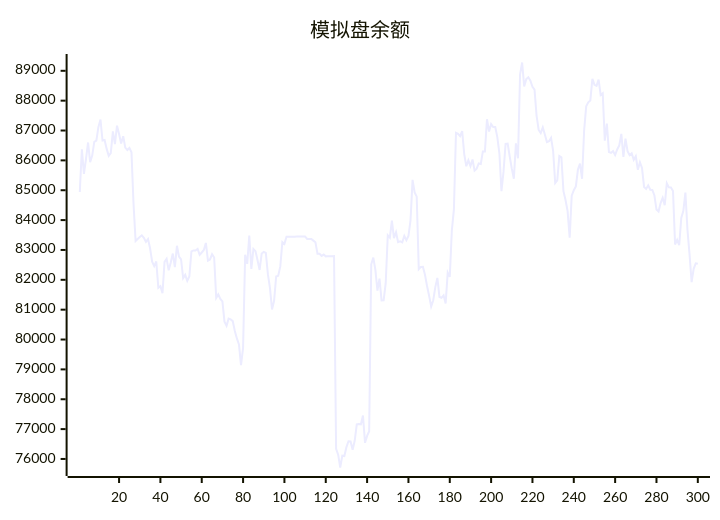
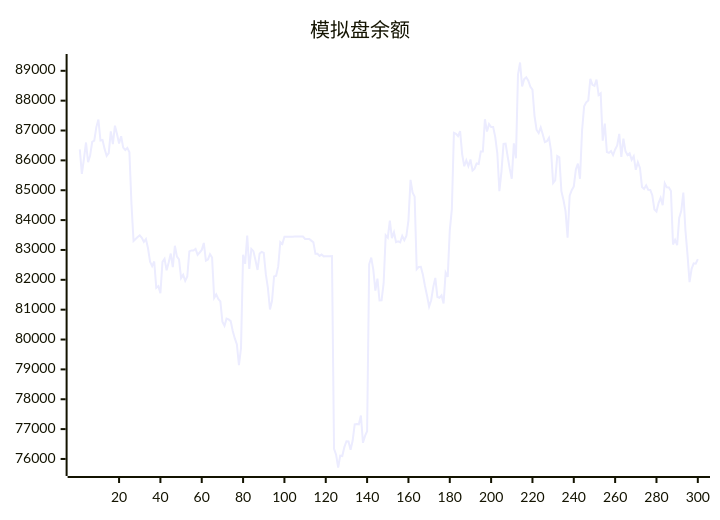
Before and after one commit to aahl/ai-trading: the diagram in README.md, drawn with Mermaid. The commit also changed other lines of this file and 1 other file, not shown here.

````diff
--- a/README.md
+++ b/README.md
@@ -5,5 +5,5 @@
 ```mermaid
 xychart
     title "模拟盘余额"
-    line [84939,86370,85548,86046,86599,85942,86161,86622,86664,87115,87369,86666,86685,86384,86152,86243,86969,86548,87164,86885,86566,86809,86427,86348,86417,86273,84538,83299,83369,83430,83490,83404,83270,83362,83056,82605,82459,82614,81734,81788,81551,82598,82702,82320,82580,82878,82426,83139,82778,82686,82056,82166,81963,82110,82951,82983,82984,83038,82838,82915,82998,83235,82642,82682,82858,82746,81396,81512,81362,81277,80600,80461,80699,80673,80616,80288,80038,79836,79142,79722,82837,82533,83480,82366,83032,82960,82654,82330,82883,82934,82901,82188,81728,81005,81298,82110,82135,82449,83264,83203,83440,83439,83440,83440,83446,83447,83448,83447,83448,83449,83369,83369,83369,83313,83256,82872,82873,82801,82844,82785,82791,82791,82793,82794,76339,76145,75714,76110,76096,76397,76594,76585,76310,76607,77160,77170,77160,77456,76541,76774,76927,82520,82744,82337,81639,82040,81307,81314,81887,83490,83414,83984,83396,83594,83261,83287,83253,83470,83327,83465,83987,85348,84930,84786,82355,82433,82438,82167,81795,81466,81105,81315,81756,82064,81426,81398,81481,81210,82242,82099,83658,84359,86925,86892,86814,86980,86203,85802,86003,85811,86028,85657,85721,85896,85880,86300,86299,87378,86965,87214,87115,87118,86780,86238,84966,85623,86555,86562,86129,85722,85387,86569,86070,88870,89278,88477,88720,88781,88668,88467,88372,87493,87018,86917,87102,86870,86613,86644,86758,86317,85242,85334,86149,86106,84968,84671,84302,83410,84816,85001,85127,85693,85891,85384,87001,87811,87945,88007,88734,88528,88495,88705,88189,88248,86662,87234,86279,86251,86314,86177,86364,86503,86886,86114,86731,86310,86176,86240,86017,86136,85685,85938,85749,85111,85044,85164,85016,85008,84824,84354,84287,84572,84745,84500,85234,85096,85095,84970,83180,83338,83157,84070,84309,84922,83667,82850,81924,82369,82552,82539]
+    line [86370,85548,86046,86599,85942,86161,86622,86664,87115,87369,86666,86685,86384,86152,86243,86969,86548,87164,86885,86566,86809,86427,86348,86417,86273,84538,83299,83369,83430,83490,83404,83270,83362,83056,82605,82459,82614,81734,81788,81551,82598,82702,82320,82580,82878,82426,83139,82778,82686,82056,82166,81963,82110,82951,82983,82984,83038,82838,82915,82998,83235,82642,82682,82858,82746,81396,81512,81362,81277,80600,80461,80699,80673,80616,80288,80038,79836,79142,79722,82837,82533,83480,82366,83032,82960,82654,82330,82883,82934,82901,82188,81728,81005,81298,82110,82135,82449,83264,83203,83440,83439,83440,83440,83446,83447,83448,83447,83448,83449,83369,83369,83369,83313,83256,82872,82873,82801,82844,82785,82791,82791,82793,82794,76339,76145,75714,76110,76096,76397,76594,76585,76310,76607,77160,77170,77160,77456,76541,76774,76927,82520,82744,82337,81639,82040,81307,81314,81887,83490,83414,83984,83396,83594,83261,83287,83253,83470,83327,83465,83987,85348,84930,84786,82355,82433,82438,82167,81795,81466,81105,81315,81756,82064,81426,81398,81481,81210,82242,82099,83658,84359,86925,86892,86814,86980,86203,85802,86003,85811,86028,85657,85721,85896,85880,86300,86299,87378,86965,87214,87115,87118,86780,86238,84966,85623,86555,86562,86129,85722,85387,86569,86070,88870,89278,88477,88720,88781,88668,88467,88372,87493,87018,86917,87102,86870,86613,86644,86758,86317,85242,85334,86149,86106,84968,84671,84302,83410,84816,85001,85127,85693,85891,85384,87001,87811,87945,88007,88734,88528,88495,88705,88189,88248,86662,87234,86279,86251,86314,86177,86364,86503,86886,86114,86731,86310,86176,86240,86017,86136,85685,85938,85749,85111,85044,85164,85016,85008,84824,84354,84287,84572,84745,84500,85234,85096,85095,84970,83180,83338,83157,84070,84309,84922,83667,82850,81924,82369,82552,82539,82695]
 ```
````
